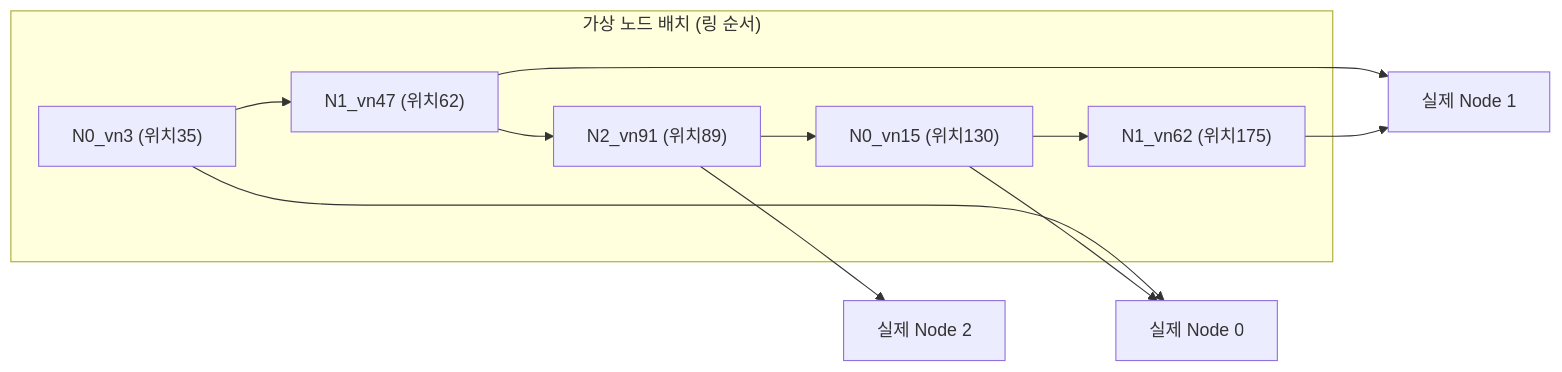
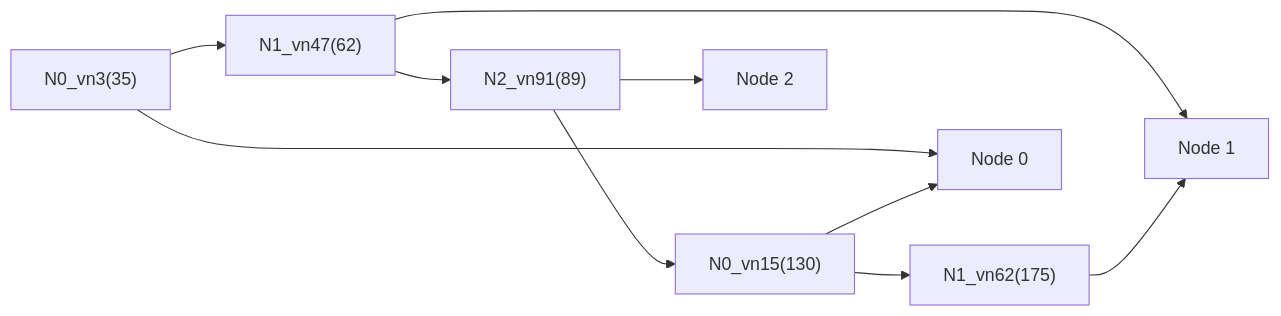
The sixth of 13 diagrams in _posts/db/2026-05-01-db-sharding.md (yjkim2015/yjkim2015.github.io), drawn with Mermaid before and after one commit. The commit also changed other lines of this file and 215 other files, not shown here.

First line of the commit message:
신규 포스트 10개 추가 + Mermaid 전면 축소 + SystemDesign 시리즈 보강

````diff
--- a/_posts/db/2026-05-01-db-sharding.md
+++ b/_posts/db/2026-05-01-db-sharding.md
@@ -141,16 +140,7 @@
 ```mermaid
 graph LR
-    subgraph "가상 노드 배치 (링 순서)"
-        V1["N0_vn3 (위치35)"]
-        V2["N1_vn47 (위치62)"]
-        V3["N2_vn91 (위치89)"]
-        V4["N0_vn15 (위치130)"]
-        V5["N1_vn62 (위치175)"]
-        V1 --> V2 --> V3 --> V4 --> V5
-    end
-    V1 --> RN0["실제 Node 0"]
-    V2 --> RN1["실제 Node 1"]
-    V3 --> RN2["실제 Node 2"]
-    V4 --> RN0
-    V5 --> RN1
+    V1["N0_vn3(35)"] --> V2["N1_vn47(62)"] --> V3["N2_vn91(89)"] --> V4["N0_vn15(130)"] --> V5["N1_vn62(175)"]
+    V1 & V4 --> RN0["Node 0"]
+    V2 & V5 --> RN1["Node 1"]
+    V3 --> RN2["Node 2"]
 ```
````
